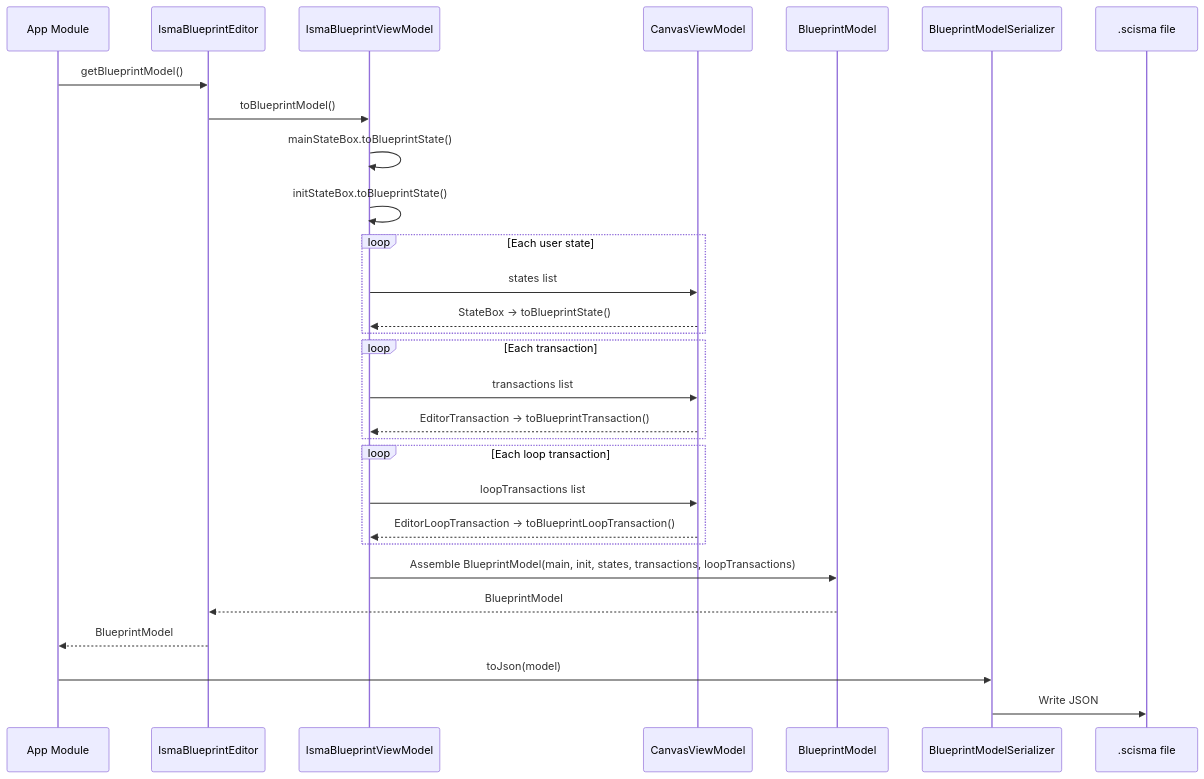
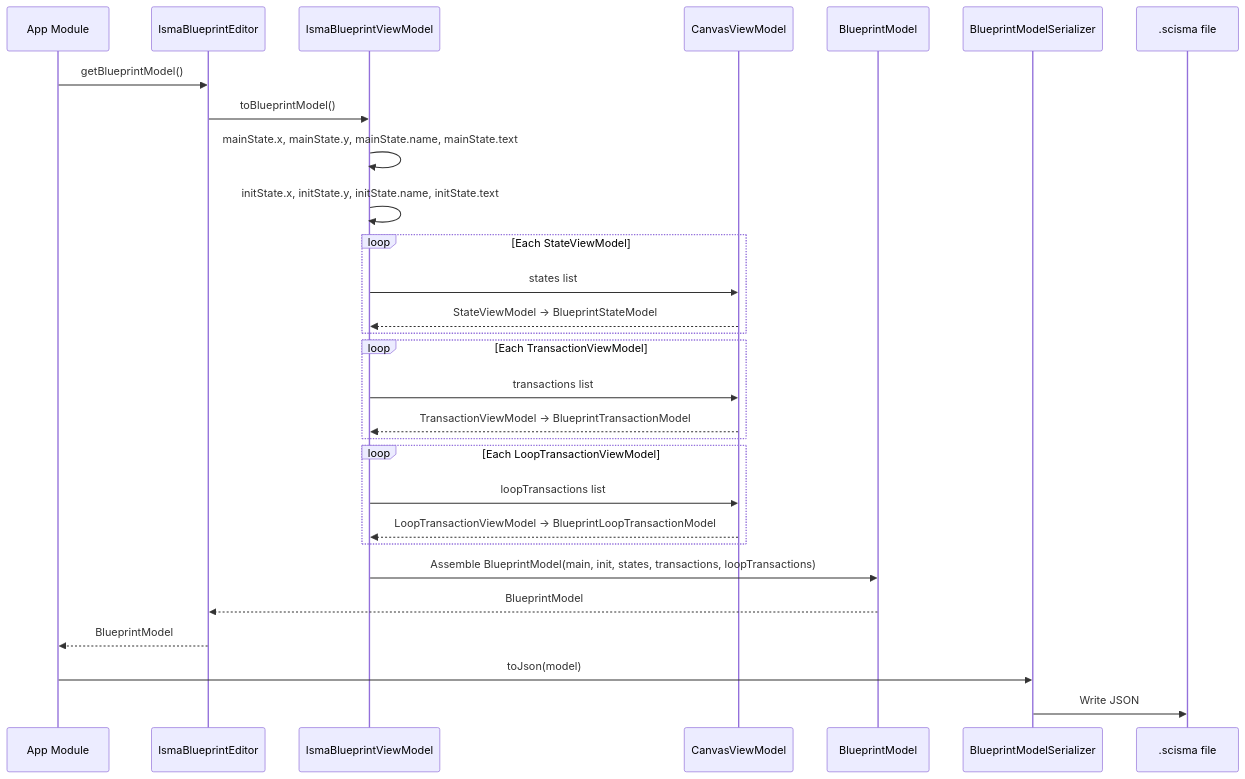
Before and after one commit to SmallBossGames/isma: the first of 2 diagrams in docs/isma-ui/blueprint-editor/01-architecture.md, drawn with Mermaid. The commit also changed other lines of this file and 3 other files, not shown here.

````diff
--- a/docs/isma-ui/blueprint-editor/01-architecture.md
+++ b/docs/isma-ui/blueprint-editor/01-architecture.md
@@ -75,32 +92,32 @@
 ```mermaid
 sequenceDiagram
     participant App as App Module
     participant Editor as IsmaBlueprintEditor
     participant VM as IsmaBlueprintViewModel
     participant CVM as CanvasViewModel
     participant BM as BlueprintModel
     participant BMS as BlueprintModelSerializer
     participant File as .scisma file
 
     App->>Editor: getBlueprintModel()
     Editor->>VM: toBlueprintModel()
-    VM->>VM: mainStateBox.toBlueprintState()
-    VM->>VM: initStateBox.toBlueprintState()
-    loop Each user state
+    VM->>VM: mainState.x, mainState.y, mainState.name, mainState.text
+    VM->>VM: initState.x, initState.y, initState.name, initState.text
+    loop Each StateViewModel
         VM->>CVM: states list
-        CVM-->>VM: StateBox → toBlueprintState()
+        CVM-->>VM: StateViewModel → BlueprintStateModel
     end
-    loop Each transaction
+    loop Each TransactionViewModel
         VM->>CVM: transactions list
-        CVM-->>VM: EditorTransaction → toBlueprintTransaction()
+        CVM-->>VM: TransactionViewModel → BlueprintTransactionModel
     end
-    loop Each loop transaction
+    loop Each LoopTransactionViewModel
         VM->>CVM: loopTransactions list
-        CVM-->>VM: EditorLoopTransaction → toBlueprintLoopTransaction()
+        CVM-->>VM: LoopTransactionViewModel → BlueprintLoopTransactionModel
     end
     VM->>BM: Assemble BlueprintModel(main, init, states, transactions, loopTransactions)
     BM-->>Editor: BlueprintModel
     Editor-->>App: BlueprintModel
     App->>BMS: toJson(model)
     BMS->>File: Write JSON
 ```
````
